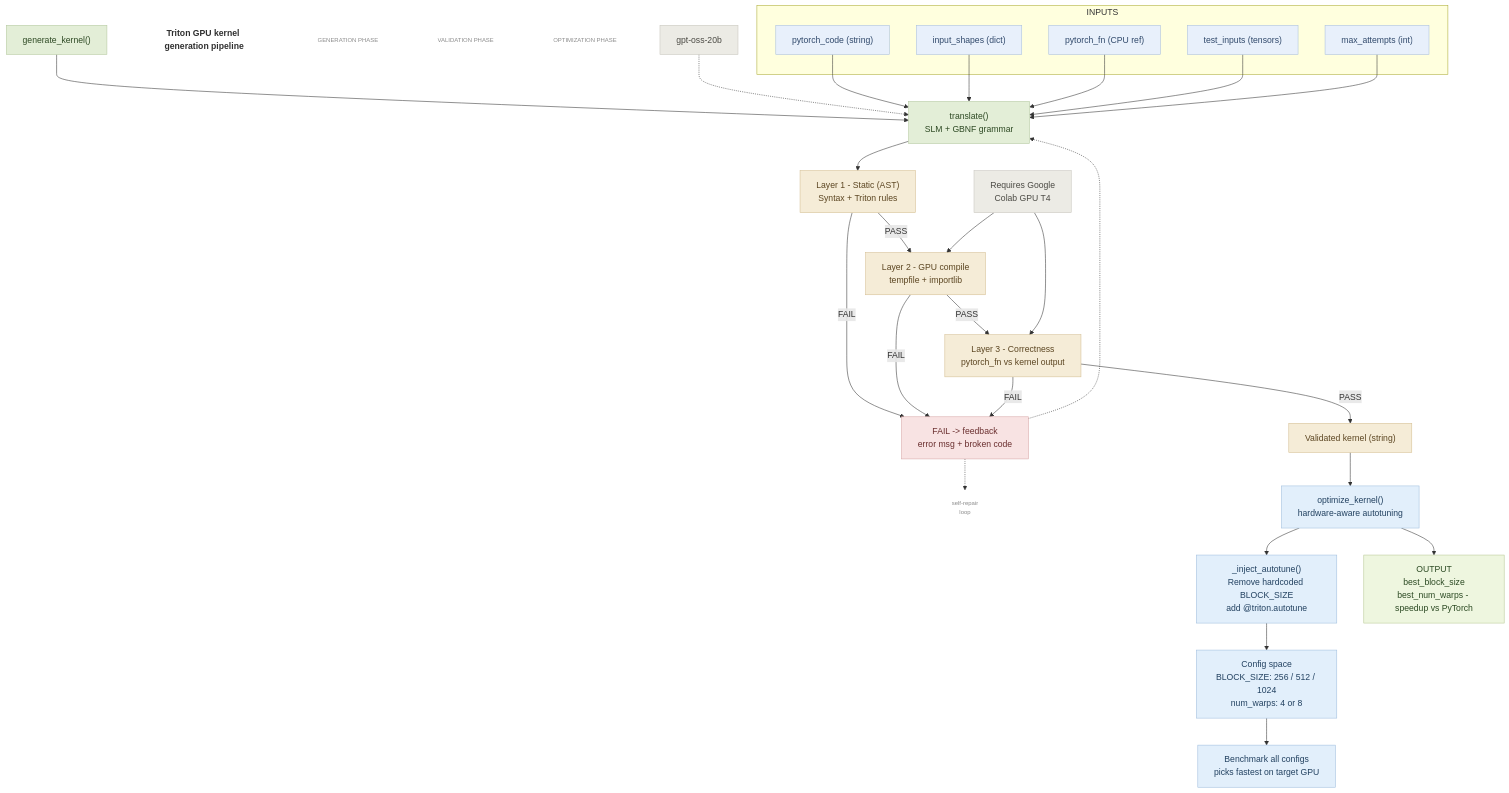
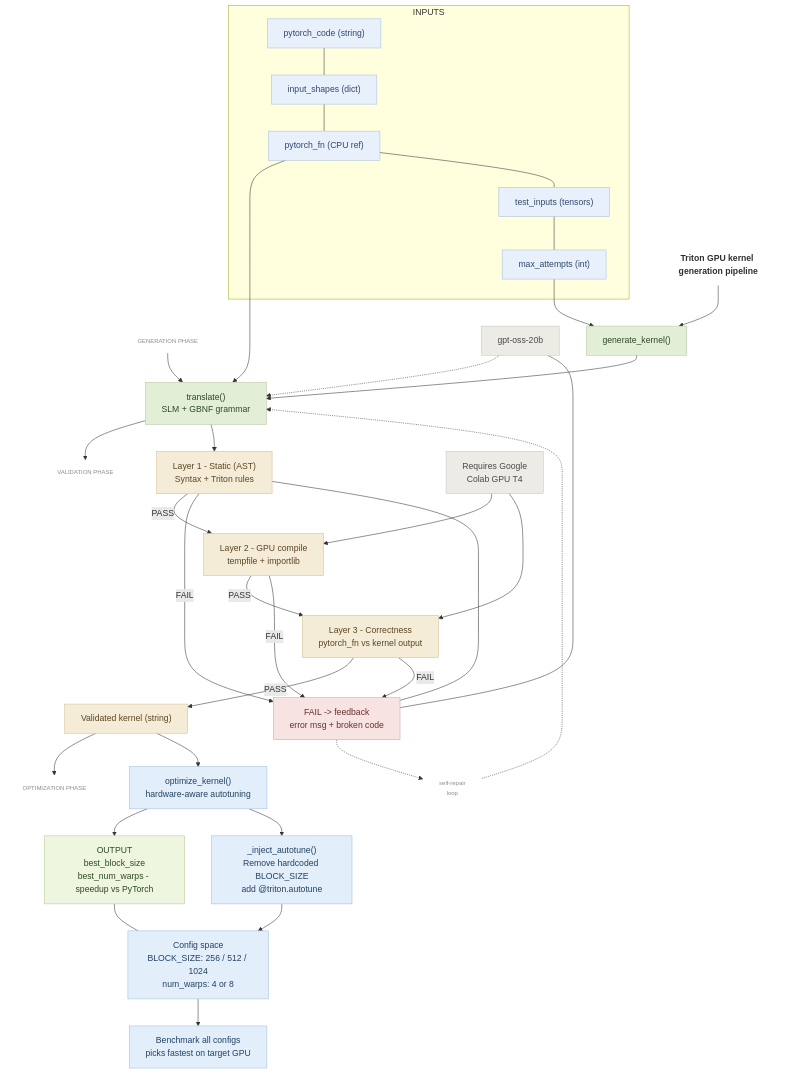
One commit to casrhub/llm-gpu-kernel-generation changed the diagram in README.md. Above: the diagram before and after it, drawn with Mermaid.

Commit message:
docs: refine Mermaid layout to match reference diagram

```diff
--- a/README.md
+++ b/README.md
@@ -94,28 +94,31 @@
   BM["Benchmark all configs<br/>picks fastest on target GPU"]
   OUT["OUTPUT<br/>best_block_size<br/>best_num_warps - speedup vs PyTorch"]
 
-  %% Main flow (same as reference)
+  %% Title anchor
+  TITLE --> GK
+
+  %% Main center flow
   GK --> T
   M -.-> T
+  GPH --> T
+  T --> VPH
   T --> L1
   L1 -->|PASS| L2
   L2 -->|PASS| L3
   L3 -->|PASS| VK
+  VK --> OPH
   VK --> OK
   OK --> OUT
 
-  %% Inputs merged into translate path (same visual intent)
-  I1 --> T
-  I2 --> T
+  %% Inputs (single handoff to translate, as in reference)
   I3 --> T
-  I4 --> T
-  I5 --> T
+  I5 --> GK
 
   %% Fail feedback loop
   L1 -->|FAIL| FB
   L2 -->|FAIL| FB
   L3 -->|FAIL| FB
-  FB -.-> T
+  SR -.-> T
   FB -.-> SR
 
   %% GPU dependency for validation layers
@@ -126,6 +129,15 @@
   OK --> INJ
   INJ --> CFG
   CFG --> BM
+
+  %% Soft layout helpers (no semantic meaning)
+  I1 --- I2
+  I2 --- I3
+  I3 --- I4
+  I4 --- I5
+  L1 --- FB
+  M --- FB
+  OUT --- CFG
 
   %% Styling
   classDef title fill:transparent,stroke:transparent,color:#2f2f2f,font-weight:bold
```
